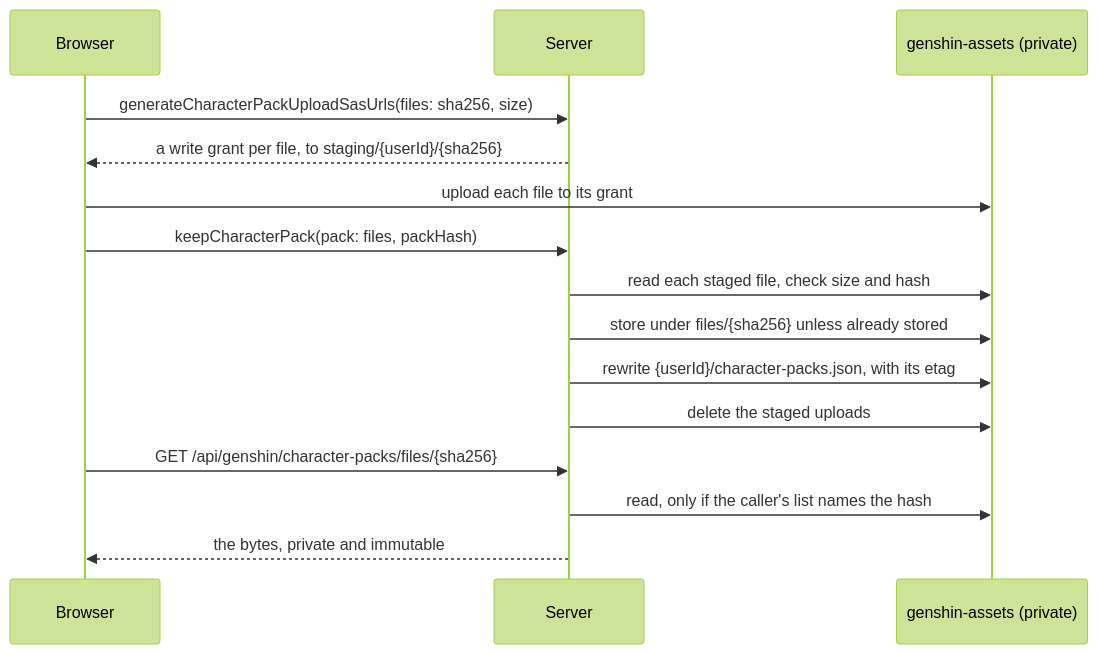
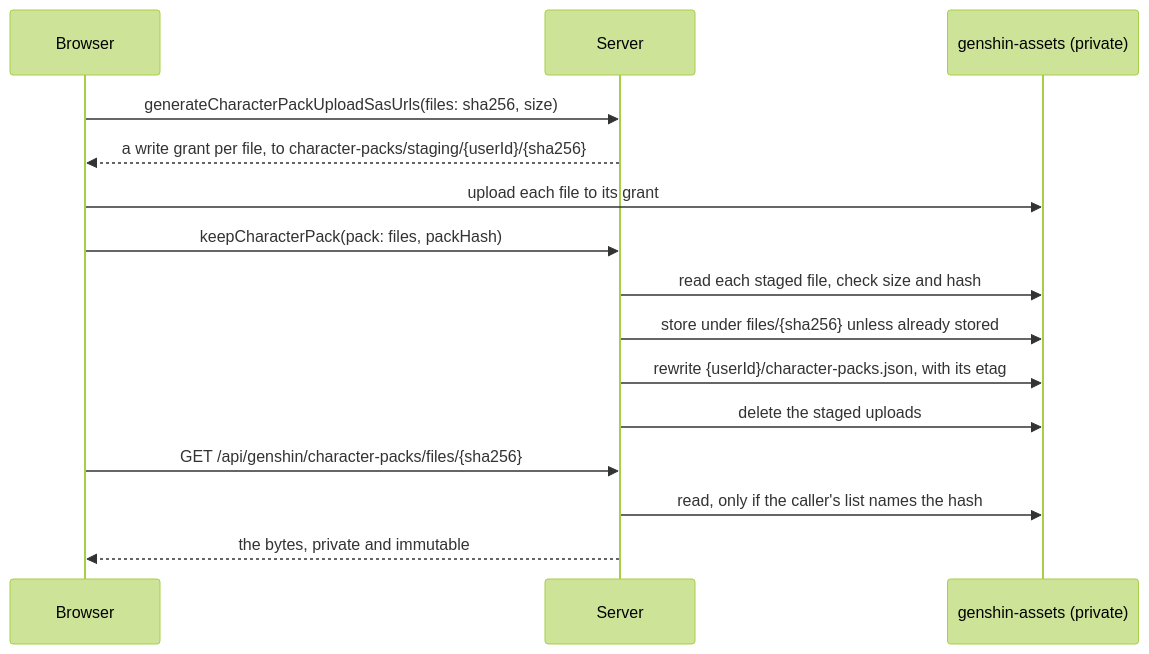
One commit to Esposter/Esposter changed the second of 2 diagrams in apps/web/content/docs/genshin/characters/player-packs.md. Above: the diagram before and after it, drawn with Mermaid (forest theme).

Commit message:
docs(genshin): the upload's staging name carries the character-packs prefix the code writes

````diff
--- a/apps/web/content/docs/genshin/characters/player-packs.md
+++ b/apps/web/content/docs/genshin/characters/player-packs.md
@@ -81,17 +81,17 @@
 ```mermaid
 sequenceDiagram
   participant B as Browser
   participant S as Server
   participant C as genshin-assets (private)
   B->>S: generateCharacterPackUploadSasUrls(files: sha256, size)
-  S-->>B: a write grant per file, to staging/{userId}/{sha256}
+  S-->>B: a write grant per file, to character-packs/staging/{userId}/{sha256}
   B->>C: upload each file to its grant
   B->>S: keepCharacterPack(pack: files, packHash)
   S->>C: read each staged file, check size and hash
   S->>C: store under files/{sha256} unless already stored
   S->>C: rewrite {userId}/character-packs.json, with its etag
   S->>C: delete the staged uploads
   B->>S: GET /api/genshin/character-packs/files/{sha256}
   S->>C: read, only if the caller's list names the hash
   S-->>B: the bytes, private and immutable
 ```
````
